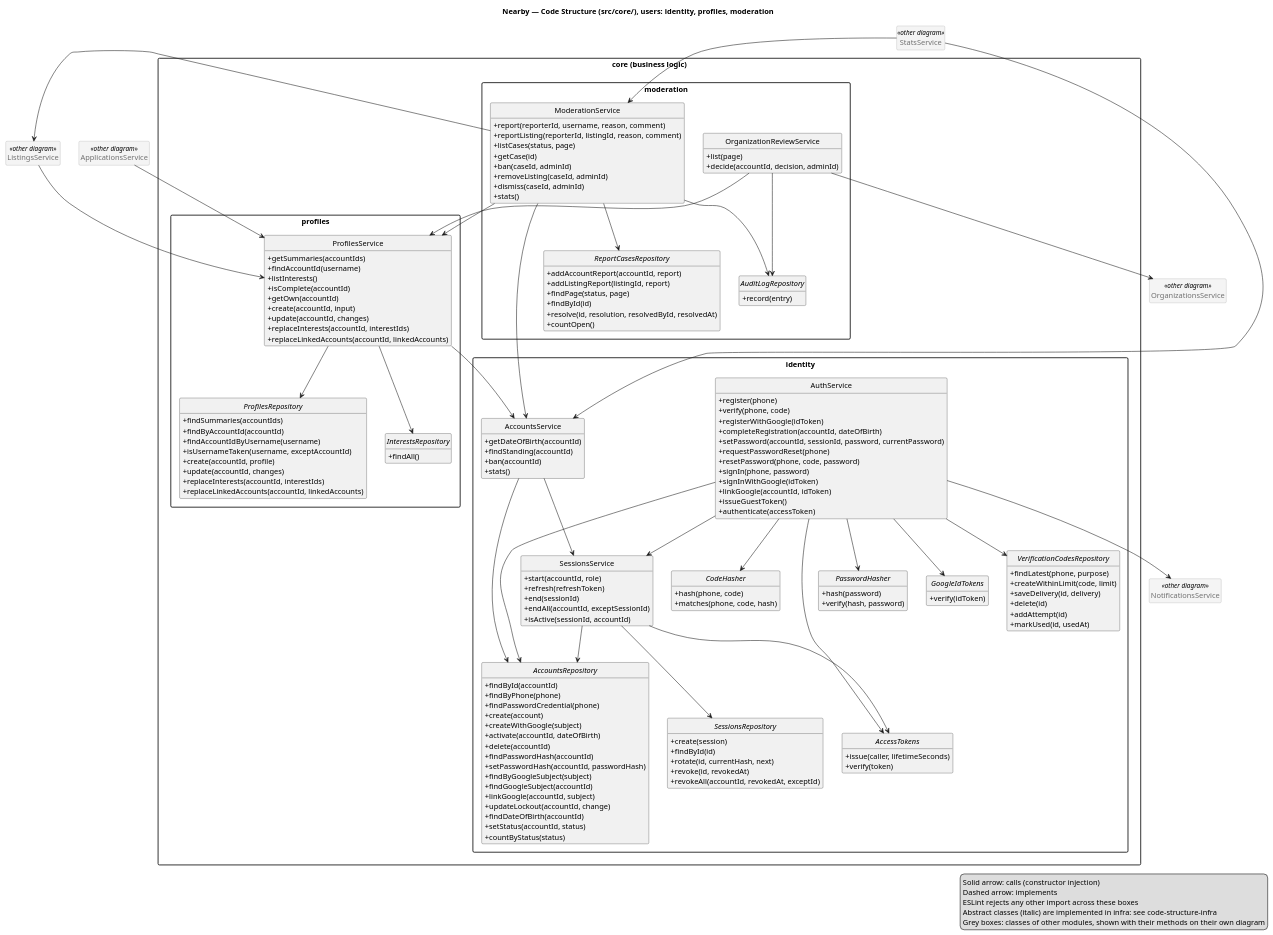
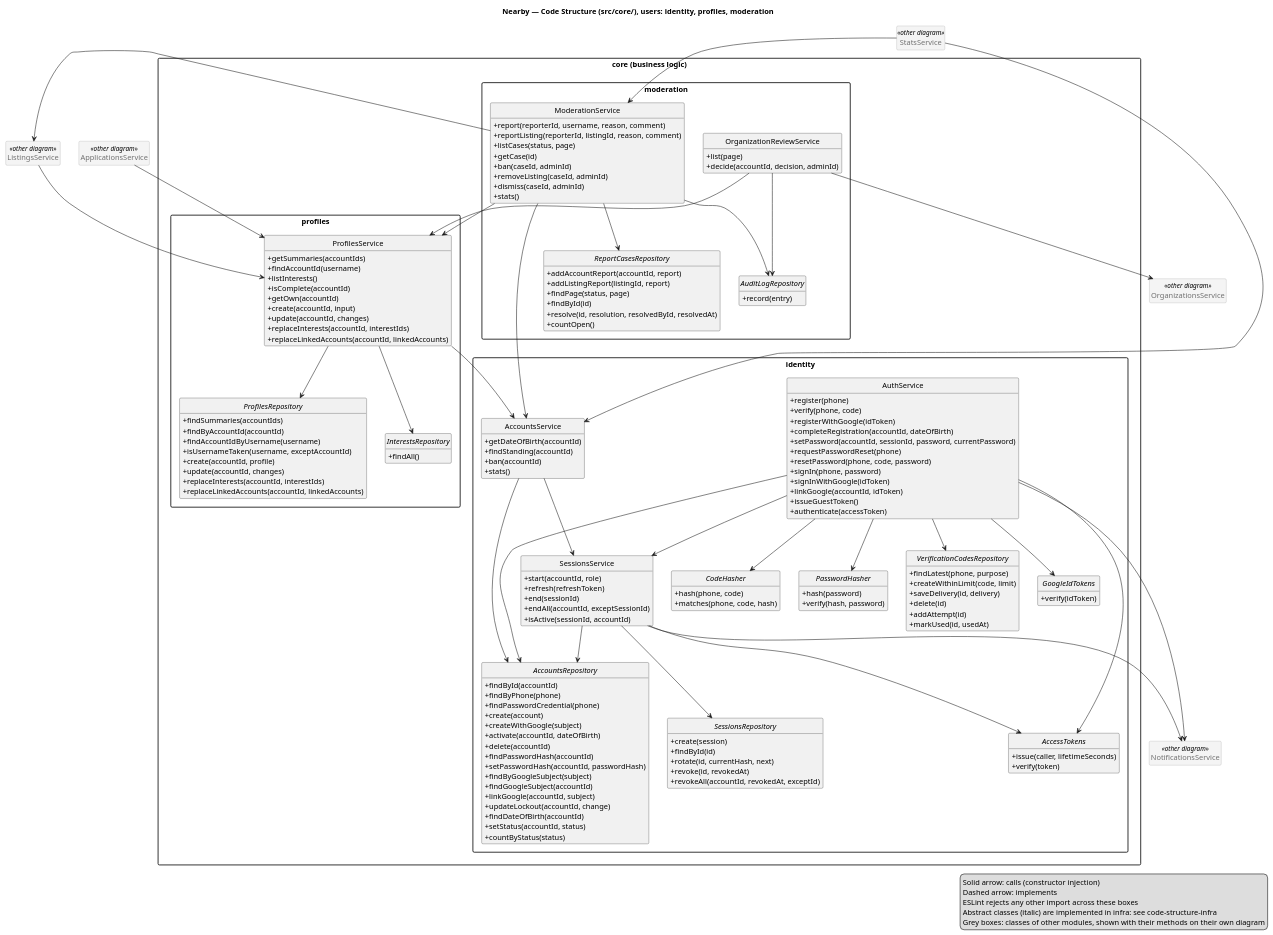
Before and after one commit to ukma-fin-ssdm-2026/pun-intended-team: the diagram in docs/architecture/uml/code-structure-core-users.puml, drawn with PlantUML. The commit also changed 10 other files, not shown here.

```diff
--- a/docs/architecture/uml/code-structure-core-users.puml
+++ b/docs/architecture/uml/code-structure-core-users.puml
@@ -170,6 +170,7 @@
 SessionsService --> SessionsRepository
 SessionsService --> AccountsRepository
 SessionsService --> AccessTokens
+SessionsService --> NotificationsService
 ProfilesService --> ProfilesRepository
 ProfilesService --> InterestsRepository
 ProfilesService --> AccountsService
```
